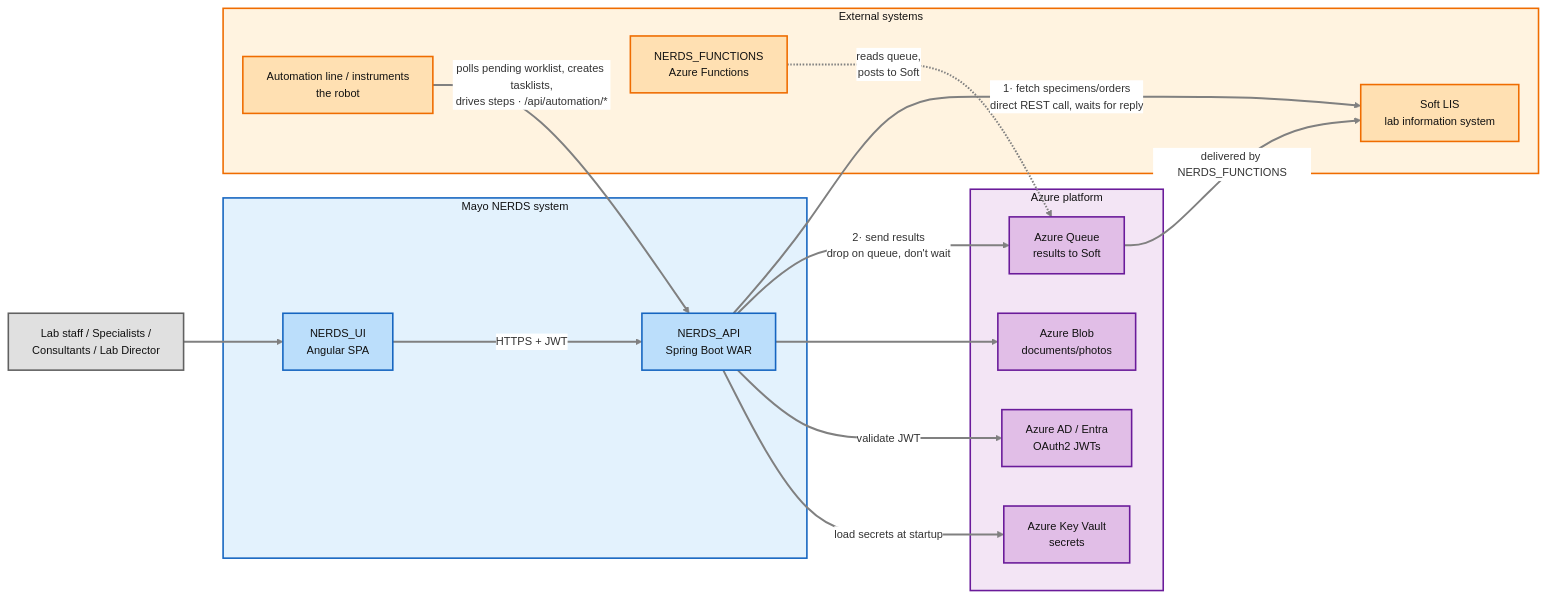
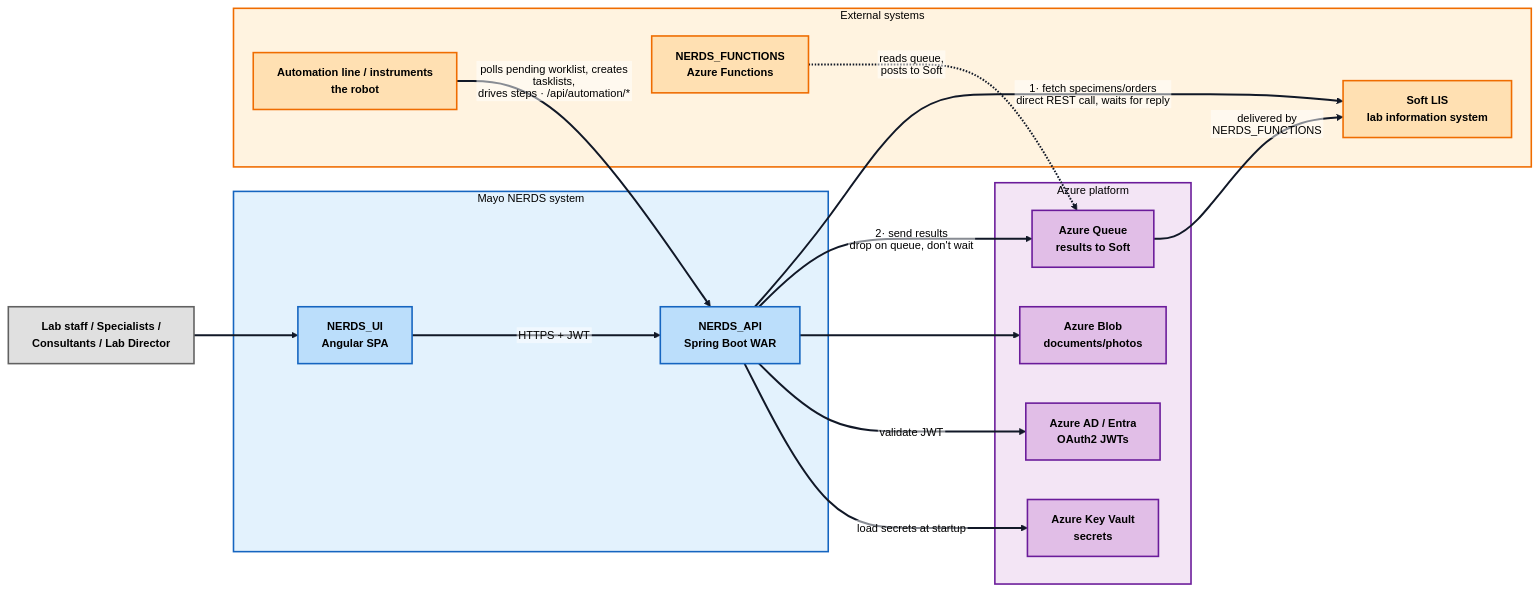
One commit to fengyanglin09/my-work-dashboard-app changed the first of 4 diagrams in src/assets/pages/app-resources/nerds/appDetails/00step/system-architecture/system-architecture.md. Above: the diagram before and after it, drawn with Mermaid. The commit also changed other lines of this file and 35 other files, not shown here.

Commit message:
Add new mermaid diagrams for workflow and testing processes

````diff
--- a/src/assets/pages/app-resources/nerds/appDetails/00step/system-architecture/system-architecture.md
+++ b/src/assets/pages/app-resources/nerds/appDetails/00step/system-architecture/system-architecture.md
@@ -34,52 +34,52 @@
 ```mermaid
-%%{init: {"theme":"base", "themeVariables":{"background":"#ffffff","lineColor":"#808080","edgeLabelBackground":"#ffffff","fontSize":"14px"}, "flowchart":{"curve":"basis"}}}%%
+%%{init: {"theme":"base", "themeVariables":{"background":"#ffffff","mainBkg":"#ffffff","primaryColor":"#f8fafc","primaryTextColor":"#000000","primaryBorderColor":"#111827","secondaryColor":"#f8fafc","secondaryTextColor":"#000000","secondaryBorderColor":"#111827","tertiaryColor":"#f8fafc","tertiaryTextColor":"#000000","tertiaryBorderColor":"#111827","lineColor":"#111827","defaultLinkColor":"#111827","nodeTextColor":"#000000","textColor":"#000000","titleColor":"#000000","edgeLabelBackground":"#ffffff","clusterBkg":"#f8fafc","clusterBorder":"#111827","fontSize":"14px"}, "themeCSS":".nodeLabel,.nodeLabel *,.edgeLabel,.edgeLabel *,.cluster-label,.cluster-label *,.label,.label *,foreignObject,foreignObject *,text,tspan{color:#000000 !important;fill:#000000 !important;font-weight:700 !important;}.edgeLabel rect,.labelBkg{fill:#ffffff !important;opacity:0.96 !important;}", "flowchart":{"curve":"basis","htmlLabels":false}}}%%
 flowchart LR
     USER[Lab staff / Specialists /<br/>Consultants / Lab Director]
 
     subgraph MAYO["Mayo NERDS system"]
         UI[NERDS_UI<br/>Angular SPA]
         API[NERDS_API<br/>Spring Boot WAR]
     end
 
     subgraph EXT["External systems"]
         SOFT[Soft LIS<br/>lab information system]
         FUNCS[NERDS_FUNCTIONS<br/>Azure Functions]
         AUTO[Automation line / instruments<br/>the robot]
     end
 
     subgraph AZURE["Azure platform"]
         AAD[Azure AD / Entra<br/>OAuth2 JWTs]
         KV[Azure Key Vault<br/>secrets]
         BLOB[Azure Blob<br/>documents/photos]
         QUEUE[Azure Queue<br/>results to Soft]
     end
 
     USER --> UI
     UI -->|HTTPS + JWT| API
     API -->|1· fetch specimens/orders<br/>direct REST call, waits for reply| SOFT
     API -->|2· send results<br/>drop on queue, don't wait| QUEUE
     QUEUE -->|delivered by NERDS_FUNCTIONS| SOFT
     API --> BLOB
     API -->|validate JWT| AAD
     API -->|load secrets at startup| KV
     FUNCS -.->|reads queue,<br/>posts to Soft| QUEUE
     AUTO -->|polls pending worklist, creates tasklists,<br/>drives steps · /api/automation/*| API
 
     %% ---- node fills with near-black text (renders reliably everywhere) ----
-    classDef mayo  fill:#bbdefb,stroke:#1565c0,stroke-width:2px,color:#111111;
-    classDef ext   fill:#ffe0b2,stroke:#ef6c00,stroke-width:2px,color:#111111;
-    classDef azure fill:#e1bee7,stroke:#6a1b9a,stroke-width:2px,color:#111111;
-    classDef actor fill:#e0e0e0,stroke:#616161,stroke-width:2px,color:#111111;
+    classDef mayo  fill:#bbdefb,stroke:#1565c0,stroke-width:2px,color:#000000,font-weight:700;
+    classDef ext   fill:#ffe0b2,stroke:#ef6c00,stroke-width:2px,color:#000000,font-weight:700;
+    classDef azure fill:#e1bee7,stroke:#6a1b9a,stroke-width:2px,color:#000000,font-weight:700;
+    classDef actor fill:#e0e0e0,stroke:#616161,stroke-width:2px,color:#000000,font-weight:700;
 
     class USER actor;
     class UI,API mayo;
     class SOFT,FUNCS,AUTO ext;
     class AAD,KV,BLOB,QUEUE azure;
 
     %% subgraph backgrounds + dark title color (so titles show in dark themes)
-    style MAYO  fill:#e3f2fd,stroke:#1565c0,stroke-width:2px,color:#111111
-    style EXT   fill:#fff3e0,stroke:#ef6c00,stroke-width:2px,color:#111111
-    style AZURE fill:#f3e5f5,stroke:#6a1b9a,stroke-width:2px,color:#111111
+    style MAYO  fill:#e3f2fd,stroke:#1565c0,stroke-width:2px,color:#000000,font-weight:700
+    style EXT   fill:#fff3e0,stroke:#ef6c00,stroke-width:2px,color:#000000,font-weight:700
+    style AZURE fill:#f3e5f5,stroke:#6a1b9a,stroke-width:2px,color:#000000,font-weight:700
 
-    linkStyle default stroke:#808080,stroke-width:2.5px
+    linkStyle default stroke:#111827,stroke-width:2.5px
 ```
````
